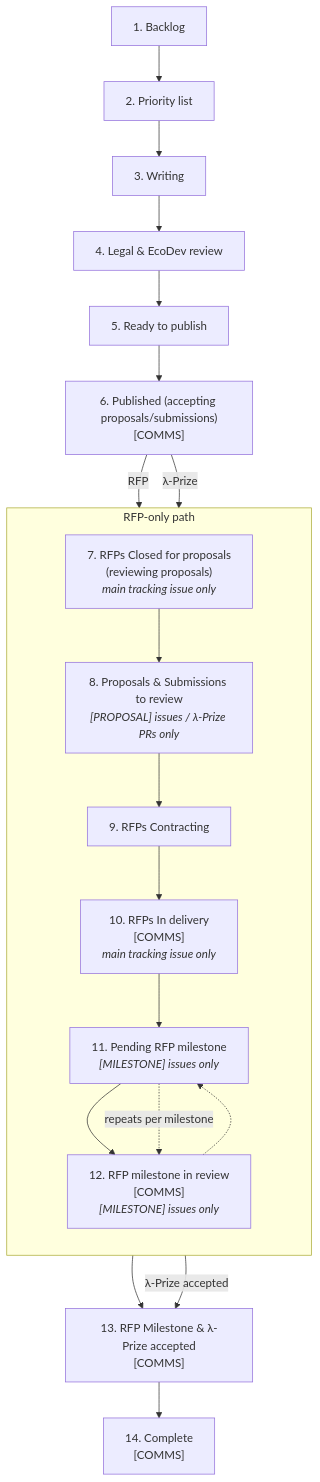
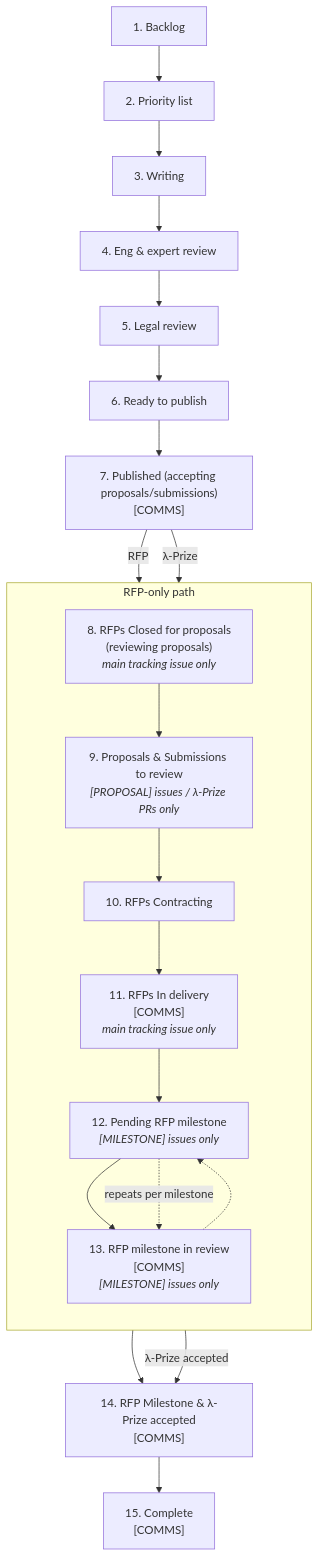
The diagram in content/rfp_lifecycle.md (logos-co/ecosystem), drawn with Mermaid before and after one commit. The commit also changed other lines of this file and 1 other file, not shown here.

First line of the commit message:
Split 'Legal & EcoDev review' into 'Eng & expert review' and 'Legal review'

````diff
--- a/content/rfp_lifecycle.md
+++ b/content/rfp_lifecycle.md
@@ -252,30 +253,31 @@
 ```mermaid
 flowchart TD
     B["1. Backlog"]
     PL["2. Priority list"]
     W["3. Writing"]
-    LR["4. Legal & EcoDev review"]
-    RP["5. Ready to publish"]
-    PUB["6. Published (accepting proposals/submissions)<br/>[COMMS]"]
+    ER["4. Eng & expert review"]
+    LR["5. Legal review"]
+    RP["6. Ready to publish"]
+    PUB["7. Published (accepting proposals/submissions)<br/>[COMMS]"]
 
-    B --> PL --> W --> LR --> RP --> PUB
+    B --> PL --> W --> ER --> LR --> RP --> PUB
 
     subgraph RFP["RFP-only path"]
         direction TB
-        CFP["7. RFPs Closed for proposals<br/>(reviewing proposals)<br/><i>main tracking issue only</i>"]
-        REV["8. Proposals & Submissions to review<br/><i>[PROPOSAL] issues / λ-Prize PRs only</i>"]
-        CONTRACT["9. RFPs Contracting"]
-        DELIVERY["10. RFPs In delivery<br/>[COMMS]<br/><i>main tracking issue only</i>"]
-        PEND["11. Pending RFP milestone<br/><i>[MILESTONE] issues only</i>"]
-        MREV["12. RFP milestone in review<br/>[COMMS]<br/><i>[MILESTONE] issues only</i>"]
+        CFP["8. RFPs Closed for proposals<br/>(reviewing proposals)<br/><i>main tracking issue only</i>"]
+        REV["9. Proposals & Submissions to review<br/><i>[PROPOSAL] issues / λ-Prize PRs only</i>"]
+        CONTRACT["10. RFPs Contracting"]
+        DELIVERY["11. RFPs In delivery<br/>[COMMS]<br/><i>main tracking issue only</i>"]
+        PEND["12. Pending RFP milestone<br/><i>[MILESTONE] issues only</i>"]
+        MREV["13. RFP milestone in review<br/>[COMMS]<br/><i>[MILESTONE] issues only</i>"]
     end
 
-    ACC["13. RFP Milestone & λ-Prize accepted<br/>[COMMS]"]
-    COMP["14. Complete<br/>[COMMS]"]
+    ACC["14. RFP Milestone & λ-Prize accepted<br/>[COMMS]"]
+    COMP["15. Complete<br/>[COMMS]"]
 
     PUB -->|"RFP"| CFP --> REV --> CONTRACT --> DELIVERY --> PEND --> MREV --> ACC
     PUB -->|"λ-Prize"| REV
     REV -->|"λ-Prize accepted"| ACC
     ACC --> COMP
     PEND -.->|"repeats per milestone"| MREV -.-> PEND
 ```
````
